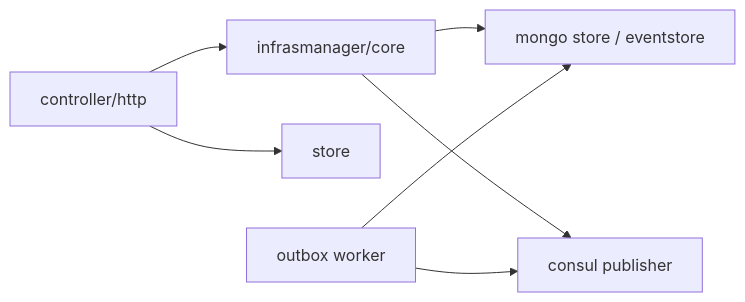
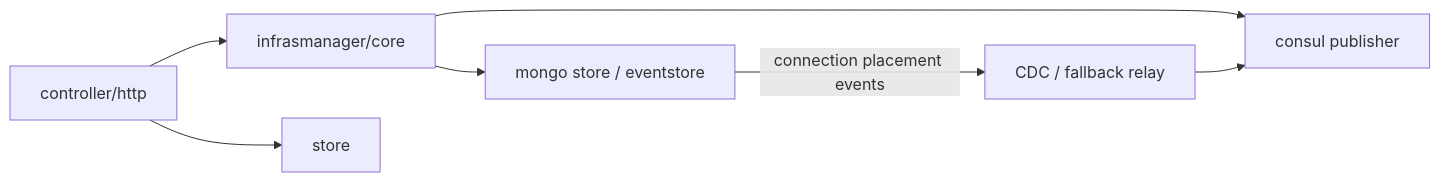
Before and after one commit to tuannm99/podzone: the fifth of 8 diagrams in docs/architecture/modules.md, drawn with Mermaid. The commit also changed other lines of this file and 15 other files, not shown here.

Commit message:
fix(vibe): cdc connect for outbox streaming

````diff
--- a/docs/architecture/modules.md
+++ b/docs/architecture/modules.md
@@ -126,16 +126,16 @@
 ```mermaid
 flowchart LR
     HTTP["controller/http"]
     InfraManager["infrasmanager/core"]
     StoreSvc["store"]
     MongoStore["mongo store / eventstore"]
     ConsulPub["consul publisher"]
-    OutboxWorker["outbox worker"]
+    EventRelay["CDC / fallback relay"]
 
     HTTP --> InfraManager
     HTTP --> StoreSvc
     InfraManager --> MongoStore
     InfraManager --> ConsulPub
-    OutboxWorker --> MongoStore
-    OutboxWorker --> ConsulPub
+    MongoStore -->|"connection placement events"| EventRelay
+    EventRelay --> ConsulPub
 ```
````
